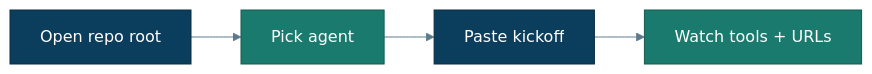
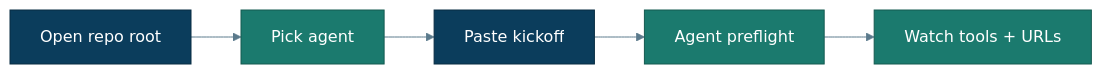
The diagram in docs/agent-setup.md (Jericho2010/edwmigration), drawn with Mermaid before and after one commit. The commit also changed other lines of this file and 56 other files, not shown here.

````diff
--- a/docs/agent-setup.md
+++ b/docs/agent-setup.md
@@ -33,11 +33,12 @@
 ```mermaid
 %%{init: {"theme":"base","themeVariables":{"primaryColor":"#E8F1F8","primaryTextColor":"#0B3D5C","primaryBorderColor":"#0B3D5C","lineColor":"#5B7A8C","secondaryColor":"#E6F4F1","tertiaryColor":"#F7F3EA","background":"#FFFFFF","mainBkg":"#E8F1F8","clusterBkg":"#F7FAFC","clusterBorder":"#5B7A8C","titleColor":"#0B3D5C","edgeLabelBackground":"#FFFFFF"}}}%%
 flowchart LR
   Open[Open repo root] --> Pick[Pick agent]
   Pick --> Paste[Paste kickoff]
-  Paste --> Watch[Watch tools + URLs]
+  Paste --> Pre[Agent preflight]
+  Pre --> Watch[Watch tools + URLs]
   classDef user fill:#0B3D5C,stroke:#082C43,color:#fff
   classDef agent fill:#1B7A6E,stroke:#145A51,color:#fff
   class Open,Paste user
-  class Pick,Watch agent
+  class Pick,Pre,Watch agent
 ```
````
